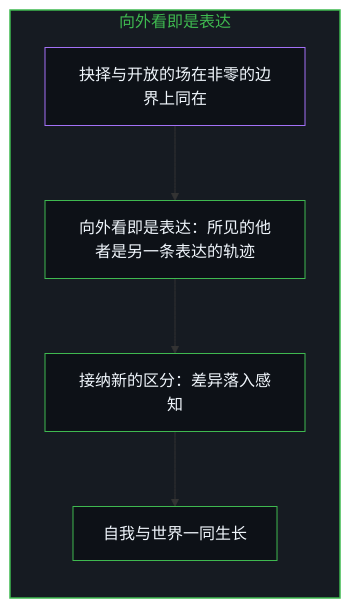
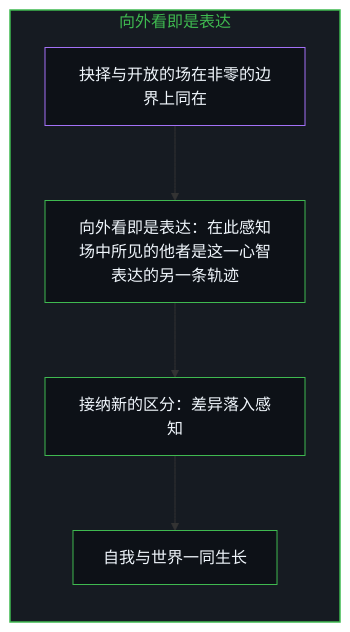
Diagram 17 of 18 in content/posts/the-geometry-of-coexistence-and-the-dual-cut.md (powerpig99/not-a-toe), drawn with Mermaid before and after one commit. The commit also changed other lines of this file and 5 other files, not shown here.

````diff
--- a/content/posts/the-geometry-of-coexistence-and-the-dual-cut.md
+++ b/content/posts/the-geometry-of-coexistence-and-the-dual-cut.md
@@ -461,19 +445,18 @@
 ```mermaid
 flowchart TD
     subgraph S_Outward["向外看即是表达"]
         direction TB
         Sym["抉择与开放的场在非零的边界上同在"]
-        Out["向外看即是表达：所见的他者是另一条表达的轨迹"]
+        Out["向外看即是表达：在此感知场中所见的他者是这一心智表达的另一条轨迹"]
         New["接纳新的区分：差异落入感知"]
         Both["自我与世界一同生长"]
         Sym --> Out
         Out --> New
         New --> Both
     end
-
     style S_Outward fill:#161b22,stroke:#3fb950,stroke-width:1.5px,color:#3fb950
     style Sym fill:#0d1117,stroke:#a371f7,stroke-width:1px,color:#f0f6fc
     style Out fill:#0d1117,stroke:#3fb950,stroke-width:1px,color:#f0f6fc
     style New fill:#0d1117,stroke:#3fb950,stroke-width:1px,color:#f0f6fc
     style Both fill:#0d1117,stroke:#3fb950,stroke-width:1px,color:#f0f6fc
 ```
````
